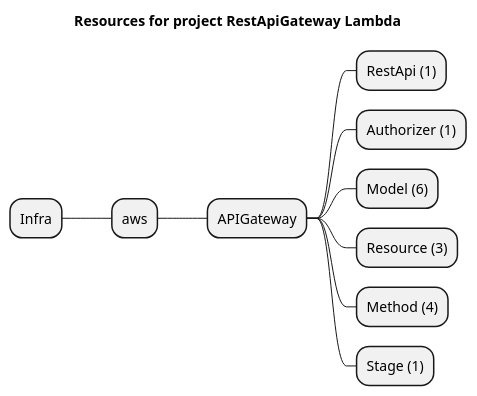
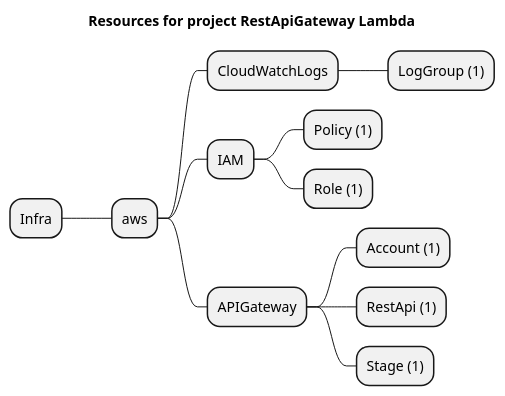
Before and after one commit to grucloud/grucloud: the diagram in examples/aws/api-gateway/restapi-lambda/artifacts/resources-mindmap.puml, drawn with PlantUML. The commit also changed 39 other files, not shown here.

```diff
--- a/examples/aws/api-gateway/restapi-lambda/artifacts/resources-mindmap.puml
+++ b/examples/aws/api-gateway/restapi-lambda/artifacts/resources-mindmap.puml
@@ -1,13 +1,15 @@
 @startmindmap
 title Resources for project RestApiGateway Lambda
 skinparam monochrome true
 + Infra
 ++ aws
++++ CloudWatchLogs
+++++ LogGroup (1)
++++ IAM
+++++ Policy (1)
+++++ Role (1)
 +++ APIGateway
+++++ Account (1)
 ++++ RestApi (1)
-++++ Authorizer (1)
-++++ Model (6)
-++++ Resource (3)
-++++ Method (4)
 ++++ Stage (1)
 @endmindmap
```
